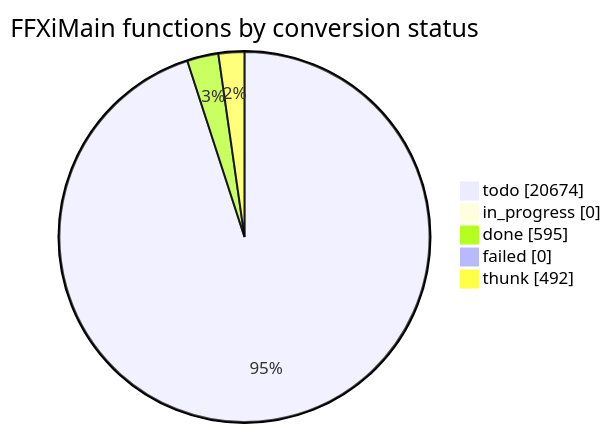
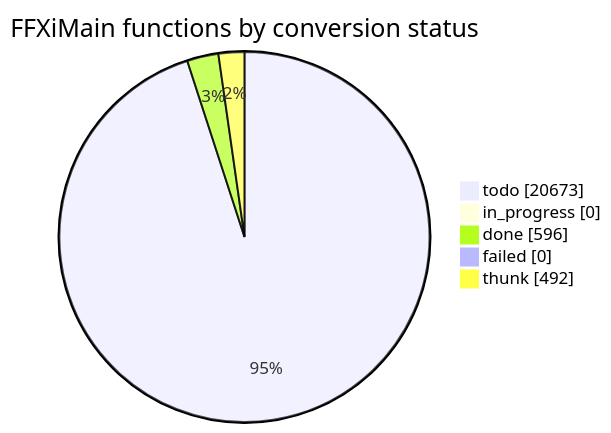
Before and after one commit to cowrevenge/cow_kuluu_xi_anything: the diagram in docs/cow/STATUS.md, drawn with Mermaid. The commit also changed other lines of this file and 9 other files, not shown here.

````diff
--- a/docs/cow/STATUS.md
+++ b/docs/cow/STATUS.md
@@ -18,9 +18,9 @@
 ```mermaid
 pie showData
     title FFXiMain functions by conversion status
-    "todo" : 20674
+    "todo" : 20673
     "in_progress" : 0
-    "done" : 595
+    "done" : 596
     "failed" : 0
     "thunk" : 492
 ```
````
